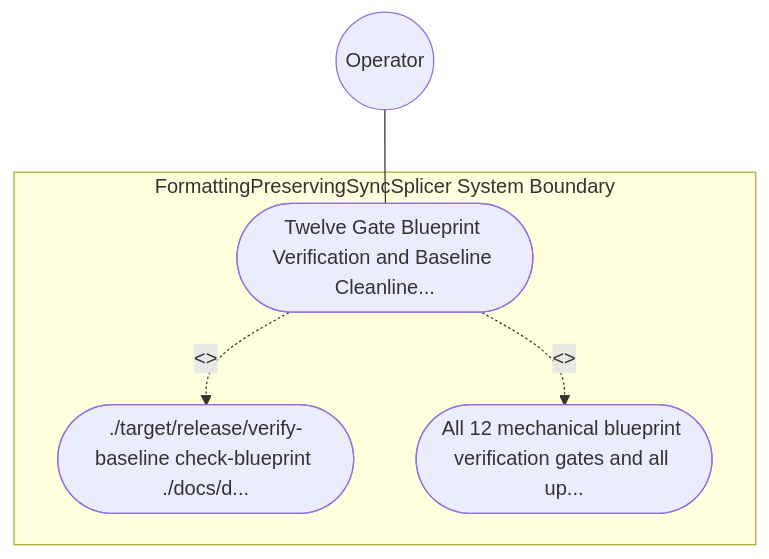
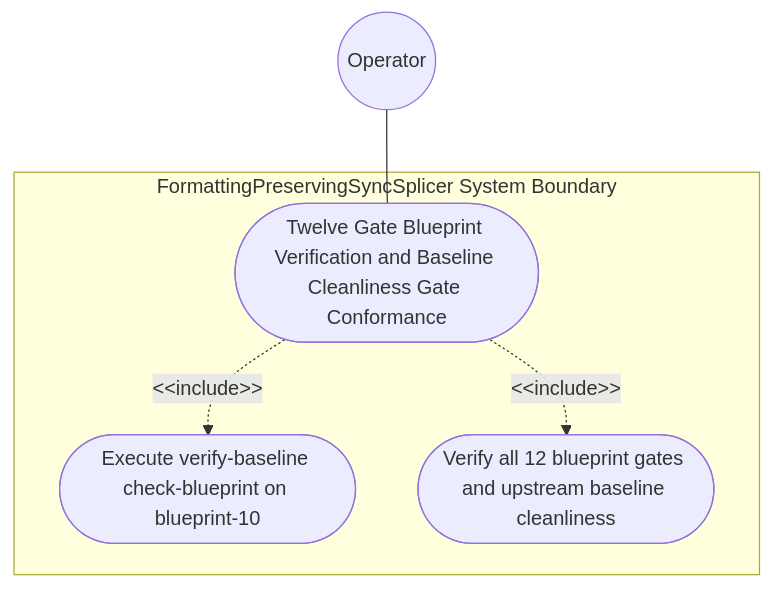
One commit to gintatkinson/DEAP01-spec-core changed the diagram in .pipeline/upstream/docs/use-cases/UC-58-Twelve_Gate_Blueprint_Verification_and_Baseline_Cleanliness_Gate_Conformance.md. Above: the diagram before and after it, drawn with Mermaid. The commit also changed other lines of this file and 225 other files, not shown here.

````diff
--- a/.pipeline/upstream/docs/use-cases/UC-58-Twelve_Gate_Blueprint_Verification_and_Baseline_Cleanliness_Gate_Conformance.md
+++ b/.pipeline/upstream/docs/use-cases/UC-58-Twelve_Gate_Blueprint_Verification_and_Baseline_Cleanliness_Gate_Conformance.md
@@ -16,11 +16,11 @@
 ```mermaid
 graph TD
     subgraph "FormattingPreservingSyncSplicer System Boundary"
-        UC_Main(["Twelve Gate Blueprint Verification and Baseline Cleanline..."])
-        UC_Step01(["./target/release/verify-baseline check-blueprint ./docs/d..."])
-        UC_Step02(["All 12 mechanical blueprint verification gates and all up..."])
+        UC_Main(["Twelve Gate Blueprint Verification and Baseline Cleanliness Gate Conformance"])
+        UC_Step01(["Execute verify-baseline check-blueprint on blueprint-10"])
+        UC_Step02(["Verify all 12 blueprint gates and upstream baseline cleanliness"])
     end
     Operator(("Operator")) --- UC_Main
-    UC_Main -. "<<include>>" .-> UC_Step01
-    UC_Main -. "<<include>>" .-> UC_Step02
+    UC_Main -. "&lt;&lt;include&gt;&gt;" .-> UC_Step01
+    UC_Main -. "&lt;&lt;include&gt;&gt;" .-> UC_Step02
 ```
````
